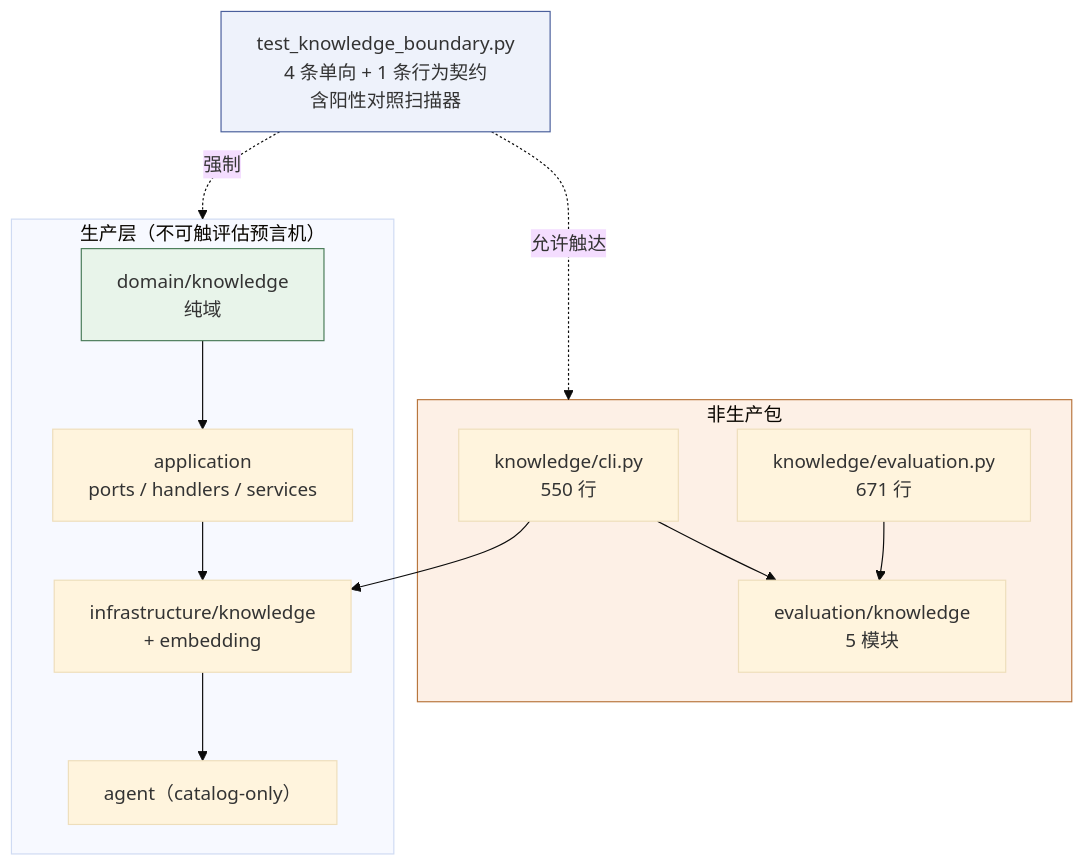
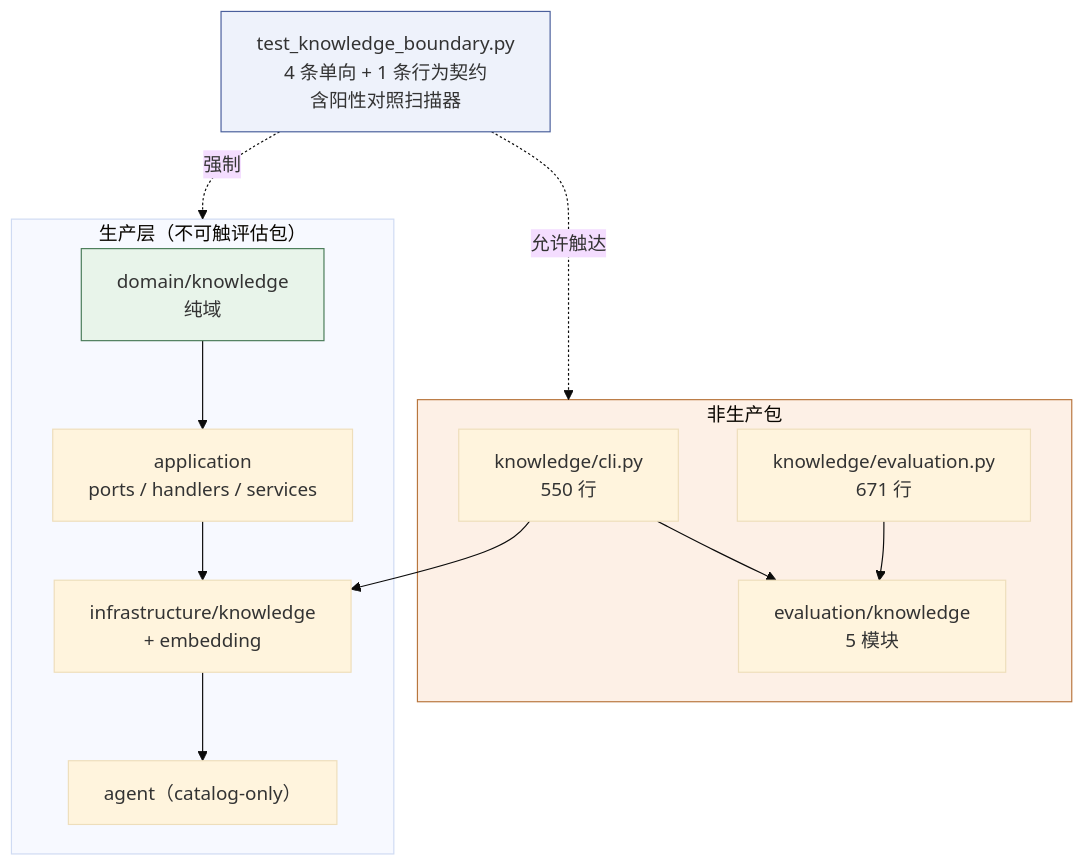
One commit to xsc683/HISIEM-SOC-Copilot changed the fourth of 4 diagrams in docs/architecture-analysis/06-知识库与威胁情报.md. Above: the diagram before and after it, drawn with Mermaid. The commit also changed other lines of this file and 20 other files, not shown here.

````diff
--- a/docs/architecture-analysis/06-知识库与威胁情报.md
+++ b/docs/architecture-analysis/06-知识库与威胁情报.md
@@ -528,34 +528,34 @@
 ```mermaid
 ---
 config:
   theme: base
   themeVariables:
     fontFamily: YaHei
 ---
 flowchart TB
-    subgraph PROD["生产层（不可触评估预言机）"]
+    subgraph PROD["生产层（不可触评估包）"]
         DK["domain/knowledge<br/>纯域"]
         APP["application<br/>ports / handlers / services"]
         IK["infrastructure/knowledge<br/>+ embedding"]
         AG["agent（catalog-only）"]
     end
     subgraph NONPROD["非生产包"]
         KCLI["knowledge/cli.py<br/>550 行"]
         KEVAL["knowledge/evaluation.py<br/>671 行"]
         EK["evaluation/knowledge<br/>5 模块"]
     end
     RULES["test_knowledge_boundary.py<br/>4 条单向 + 1 条行为契约<br/>含阳性对照扫描器"]
 
     DK --> APP
     APP --> IK
     IK --> AG
     KCLI --> IK
     KCLI --> EK
     KEVAL --> EK
     RULES -.->|强制| PROD
     RULES -.->|允许触达| NONPROD
 
     style DK fill:#e8f4ea,stroke:#4a7c59
     style RULES fill:#eef2fb,stroke:#4a5f9c
     style NONPROD fill:#fdf0e6,stroke:#b8763e
 ```
````
